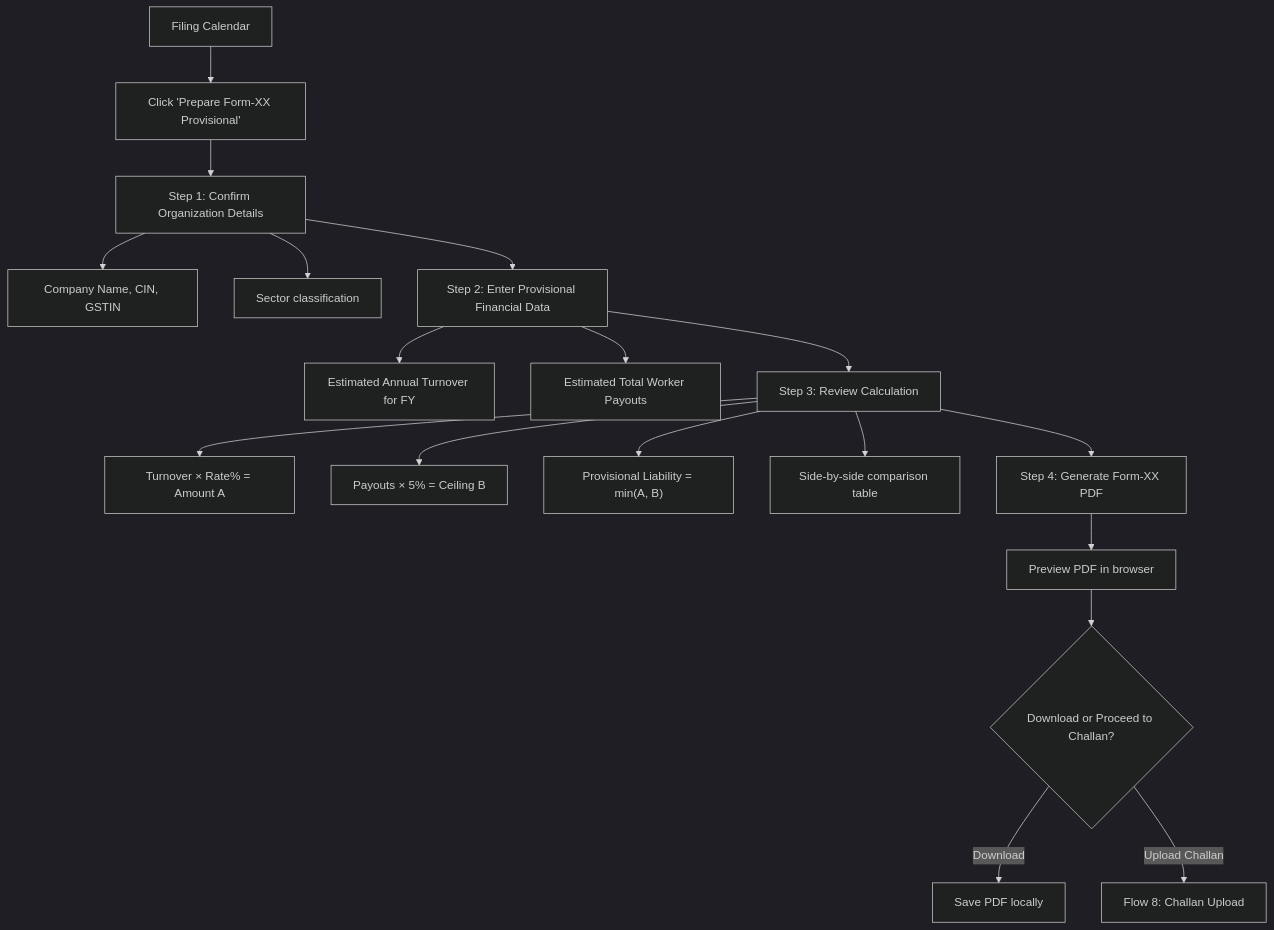
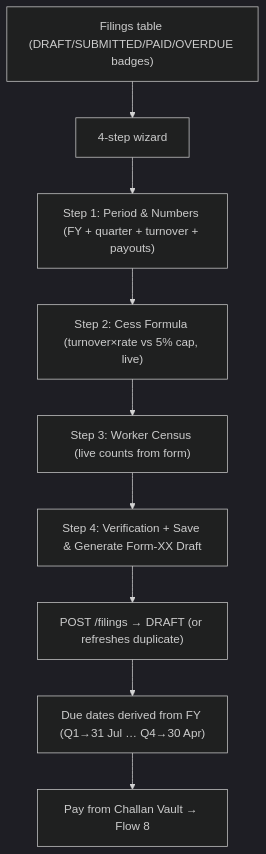
One commit to nonimousmusic/Gig-Worker-Social-Security-Compliance-Platform changed the sixth of 12 diagrams in docs/user_flows.md. Above: the diagram before and after it, drawn with Mermaid (dark theme). The commit also changed other lines of this file and 89 other files, not shown here.

````diff
--- a/docs/user_flows.md
+++ b/docs/user_flows.md
@@ -246,20 +187,11 @@
 ```mermaid
 flowchart TD
-    A["Filing Calendar"] --> B["Click 'Prepare Form-XX Provisional'"]
-    B --> C["Step 1: Confirm Organization Details"]
-    C --> C1["Company Name, CIN, GSTIN"]
-    C --> C2["Sector classification"]
-    C --> D["Step 2: Enter Provisional Financial Data"]
-    D --> D1["Estimated Annual Turnover for FY"]
-    D --> D2["Estimated Total Worker Payouts"]
-    D --> E["Step 3: Review Calculation"]
-    E --> E1["Turnover × Rate% = Amount A"]
-    E --> E2["Payouts × 5% = Ceiling B"]
-    E --> E3["Provisional Liability = min(A, B)"]
-    E --> E4["Side-by-side comparison table"]
-    E --> F["Step 4: Generate Form-XX PDF"]
-    F --> G["Preview PDF in browser"]
-    G --> H{"Download or Proceed to Challan?"}
-    H -->|Download| I["Save PDF locally"]
-    H -->|Upload Challan| J["Flow 8: Challan Upload"]
+    A["Filings table (DRAFT/SUBMITTED/PAID/OVERDUE badges)"] --> B["4-step wizard"]
+    B --> C["Step 1: Period & Numbers (FY + quarter + turnover + payouts)"]
+    C --> D["Step 2: Cess Formula (turnover×rate vs 5% cap, live)"]
+    D --> E["Step 3: Worker Census (live counts from form)"]
+    E --> F["Step 4: Verification + Save & Generate Form-XX Draft"]
+    F --> G["POST /filings → DRAFT (or refreshes duplicate)"]
+    G --> H["Due dates derived from FY (Q1→31 Jul … Q4→30 Apr)"]
+    H --> I["Pay from Challan Vault → Flow 8"]
 ```
````
